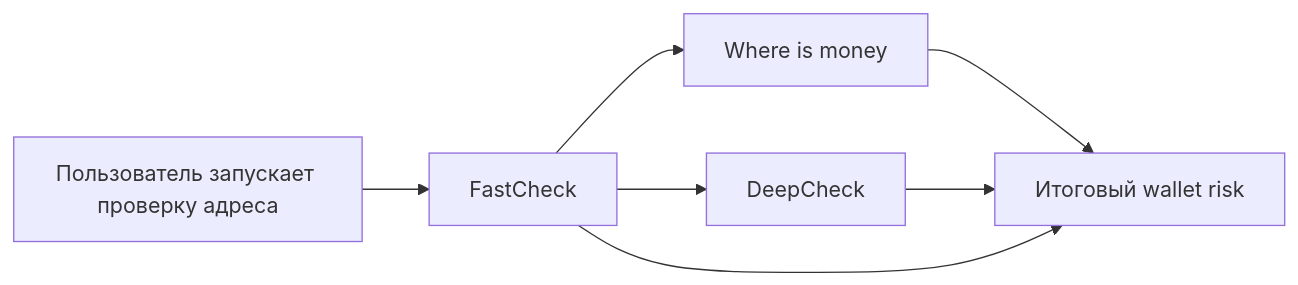
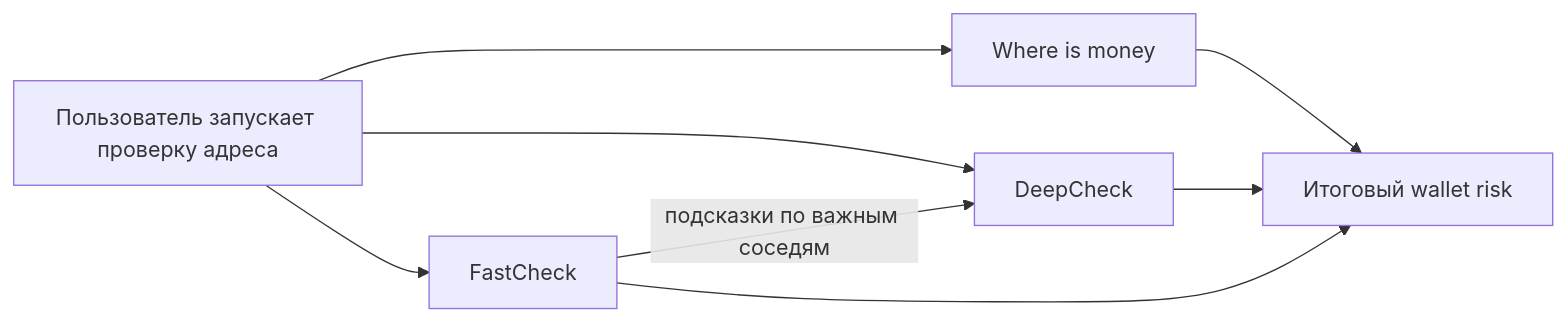
Before and after one commit to katoonagu/smartcontract: the diagram in docs/project-walkthrough/06-check-modes-fast-deep-where-is-money.md, drawn with Mermaid. The commit also changed other lines of this file and 3 other files, not shown here.

````diff
--- a/docs/project-walkthrough/06-check-modes-fast-deep-where-is-money.md
+++ b/docs/project-walkthrough/06-check-modes-fast-deep-where-is-money.md
@@ -180,9 +188,10 @@
 ```mermaid
 flowchart LR
   A["Пользователь запускает проверку адреса"] --> F["FastCheck"]
-  F --> W["Where is money"]
-  F --> D["DeepCheck"]
+  A --> W["Where is money"]
+  A --> D["DeepCheck"]
+  F -- "подсказки по важным соседям" --> D
   W --> U["Итоговый wallet risk"]
   D --> U
   F --> U
 ```
````
